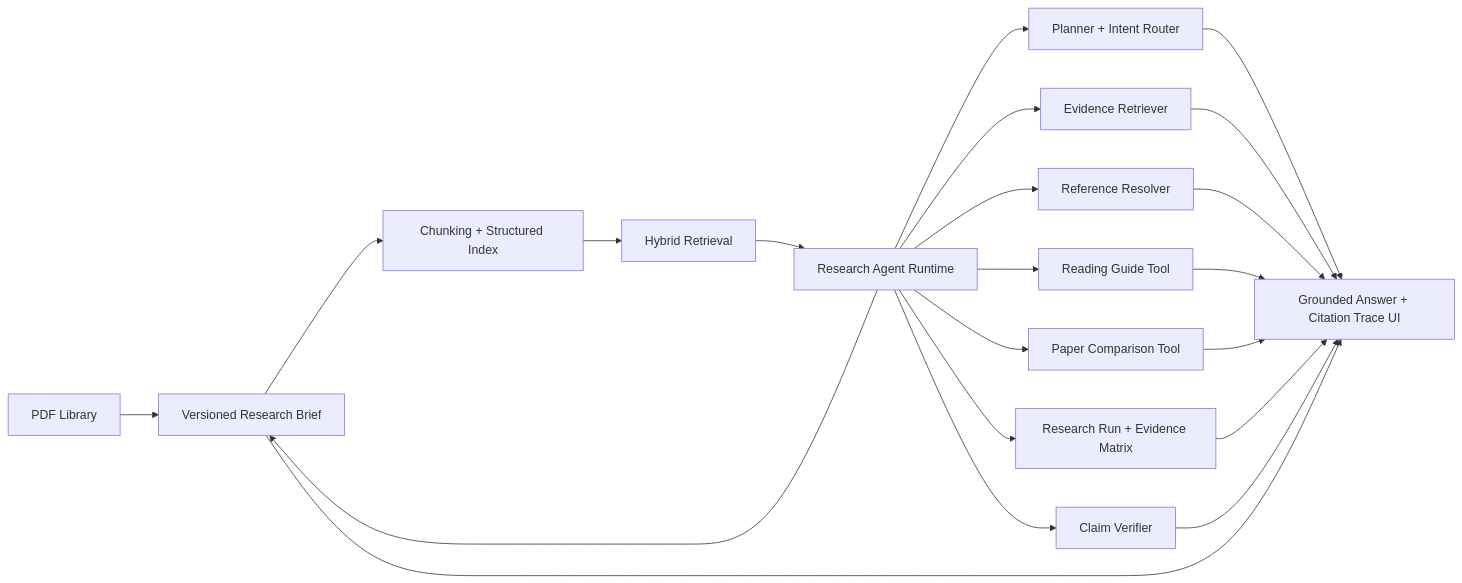
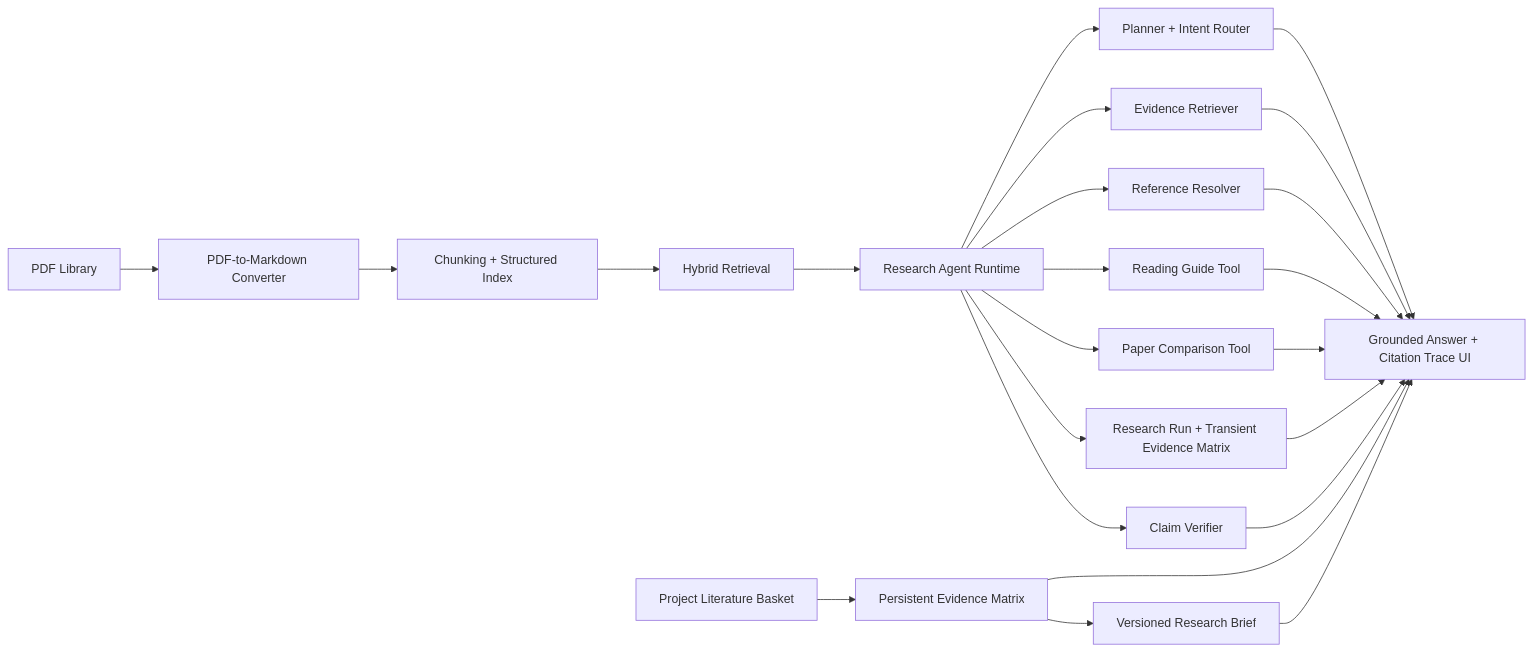
Before and after one commit to LittlePyx/Pi_zaya: the diagram in README.md, drawn with Mermaid. The commit also changed other lines of this file and 27 other files, not shown here.

Commit message:
feat: add persistent evidence matrices

````diff
--- a/README.md
+++ b/README.md
@@ -46,23 +48,25 @@
 ```mermaid
 flowchart LR
   A["PDF Library"] --> B["PDF-to-Markdown Converter"]
   B --> C["Chunking + Structured Index"]
   C --> D["Hybrid Retrieval"]
   D --> E["Research Agent Runtime"]
   E --> P["Planner + Intent Router"]
   E --> R["Evidence Retriever"]
   E --> X["Reference Resolver"]
   E --> G["Reading Guide Tool"]
   E --> M["Paper Comparison Tool"]
-  E --> Q["Research Run + Evidence Matrix"]
+  E --> Q["Research Run + Transient Evidence Matrix"]
   E --> V["Claim Verifier"]
-  E --> B["Versioned Research Brief"]
+  L["Project Literature Basket"] --> EM["Persistent Evidence Matrix"]
+  EM --> RB["Versioned Research Brief"]
   P --> O["Grounded Answer + Citation Trace UI"]
   R --> O
   X --> O
   G --> O
   M --> O
   Q --> O
   V --> O
-  B --> O
+  EM --> O
+  RB --> O
 ```
````
